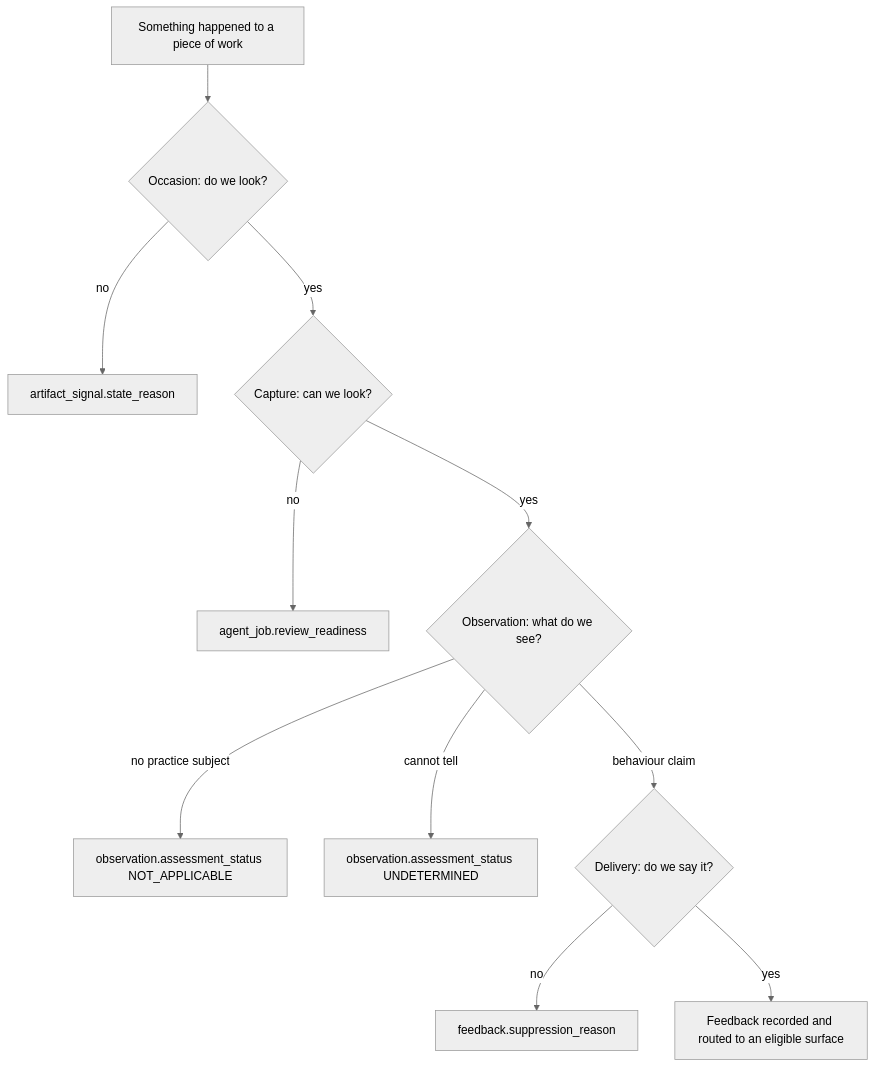
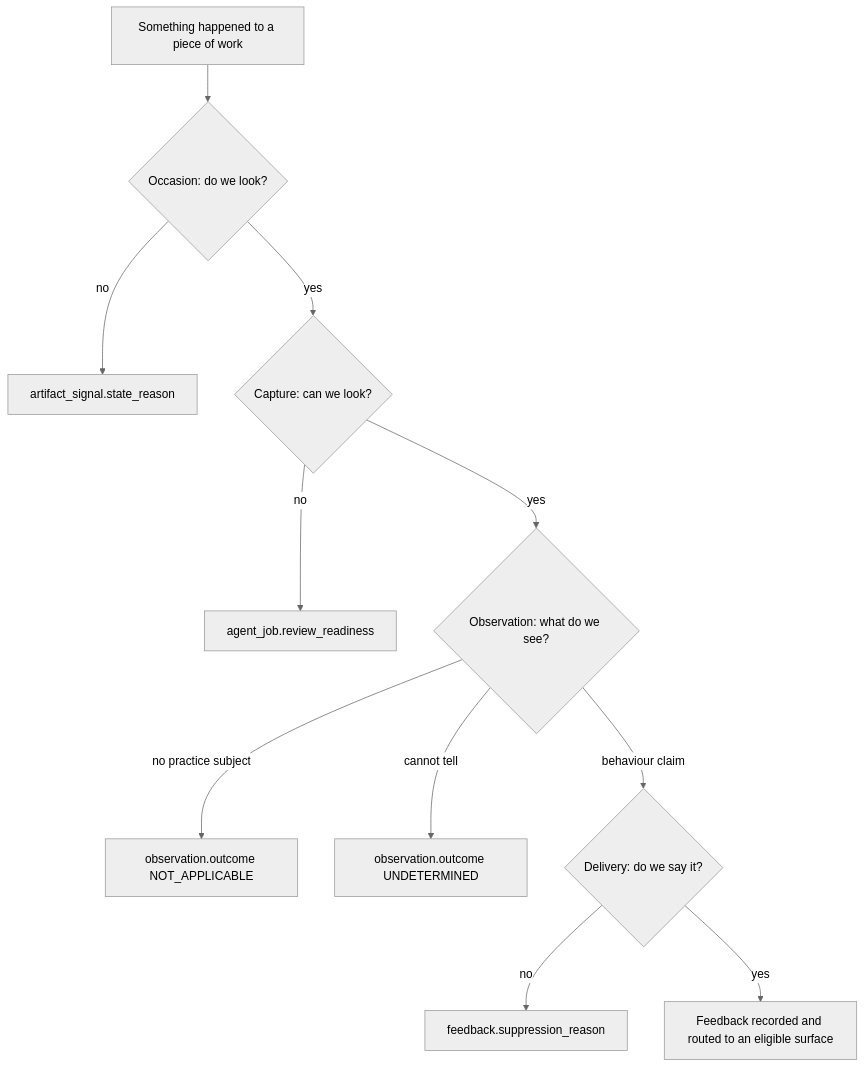
Before and after one commit to hephaestus-build/Hephaestus: the first of 2 diagrams in docs/contributor/practice-review-pipeline.mdx, drawn with Mermaid (neutral theme). The commit also changed other lines of this file and 445 other files, not shown here.

````diff
--- a/docs/contributor/practice-review-pipeline.mdx
+++ b/docs/contributor/practice-review-pipeline.mdx
@@ -11,15 +11,15 @@
 ```mermaid
 flowchart TB
     accTitle: Practice review stages and their distinct exits
     accDescr: Work passes through occasion, evidence capture, observation, and delivery. Each stage records a different result when processing stops.
     Work[Something happened to a piece of work] --> Occasion{Occasion: do we look?}
     Occasion -->|no| Refused[artifact_signal.state_reason]
     Occasion -->|yes| Capture{Capture: can we look?}
     Capture -->|no| Unready[agent_job.review_readiness]
     Capture -->|yes| Observe{Observation: what do we see?}
-    Observe -->|no practice subject| NotApplicable[observation.assessment_status NOT_APPLICABLE]
-    Observe -->|cannot tell| Undetermined[observation.assessment_status UNDETERMINED]
+    Observe -->|no practice subject| NotApplicable[observation.outcome NOT_APPLICABLE]
+    Observe -->|cannot tell| Undetermined[observation.outcome UNDETERMINED]
     Observe -->|behaviour claim| Deliver{Delivery: do we say it?}
     Deliver -->|no| Quiet[feedback.suppression_reason]
     Deliver -->|yes| Said[Feedback recorded and routed to an eligible surface]
 ```
````
